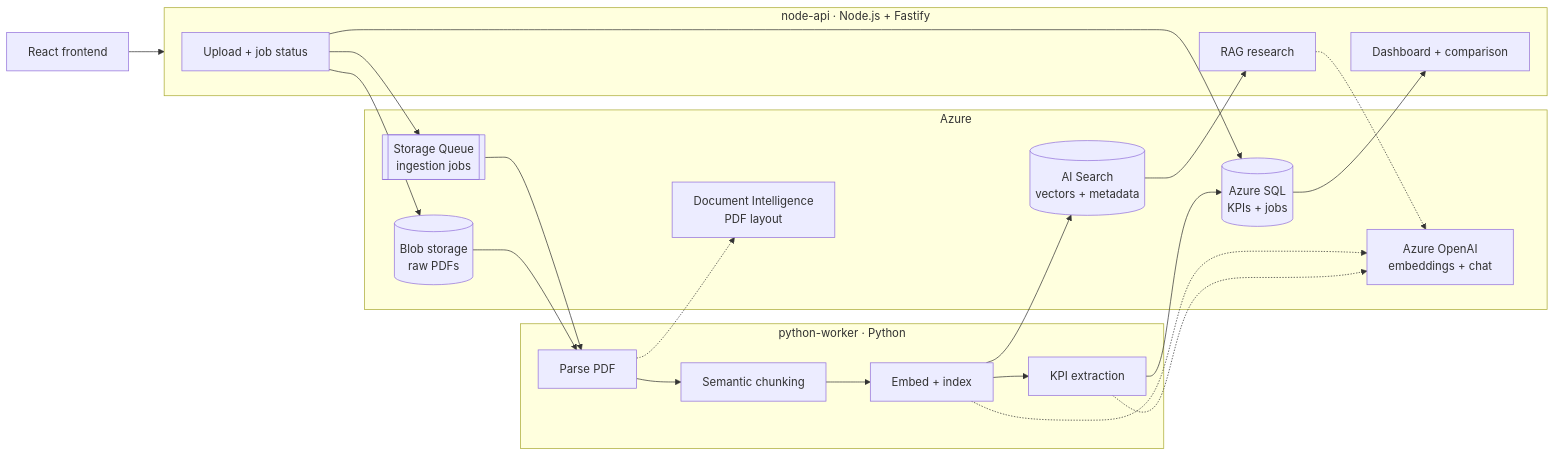
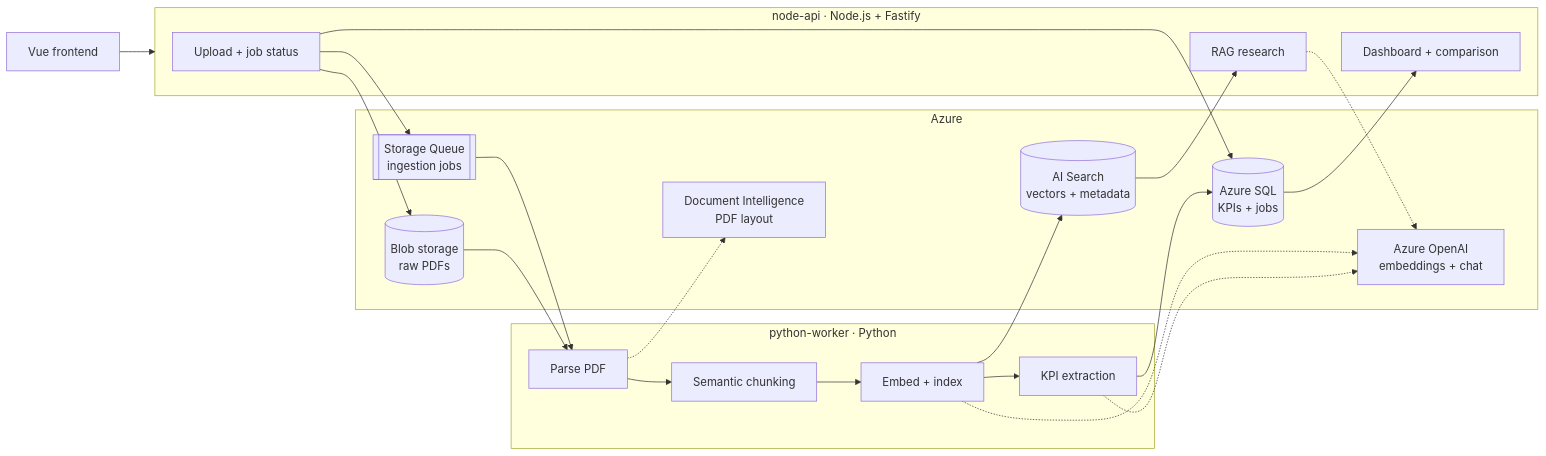
One commit to cython1/FinanceAI changed the diagram in README.md. Above: the diagram before and after it, drawn with Mermaid. The commit also changed other lines of this file and 5 other files, not shown here.

First line of the commit message:
FAI-028: update docs from React to Vue 3 and Pinia

````diff
--- a/README.md
+++ b/README.md
@@ -21,37 +21,37 @@
 ```mermaid
 flowchart LR
-  FE[React frontend] --> API
+  FE[Vue frontend] --> API
 
   subgraph API["node-api · Node.js + Fastify"]
     N1[Upload + job status]
     N2[RAG research]
     N3[Dashboard + comparison]
   end
 
   subgraph AZ["Azure"]
     B[(Blob storage<br/>raw PDFs)]
     Q[[Storage Queue<br/>ingestion jobs]]
     S[(AI Search<br/>vectors + metadata)]
     D[(Azure SQL<br/>KPIs + jobs)]
     O[Azure OpenAI<br/>embeddings + chat]
     DI[Document Intelligence<br/>PDF layout]
   end
 
   subgraph PY["python-worker · Python"]
     P1[Parse PDF] --> P2[Semantic chunking] --> P3[Embed + index] --> P4[KPI extraction]
   end
 
   N1 --> B
   N1 --> Q
   N1 --> D
   Q --> P1
   B --> P1
   P1 -.-> DI
   P3 --> S
   P4 --> D
   P3 -.-> O
   P4 -.-> O
   S --> N2
   N2 -.-> O
   D --> N3
 ```
````
